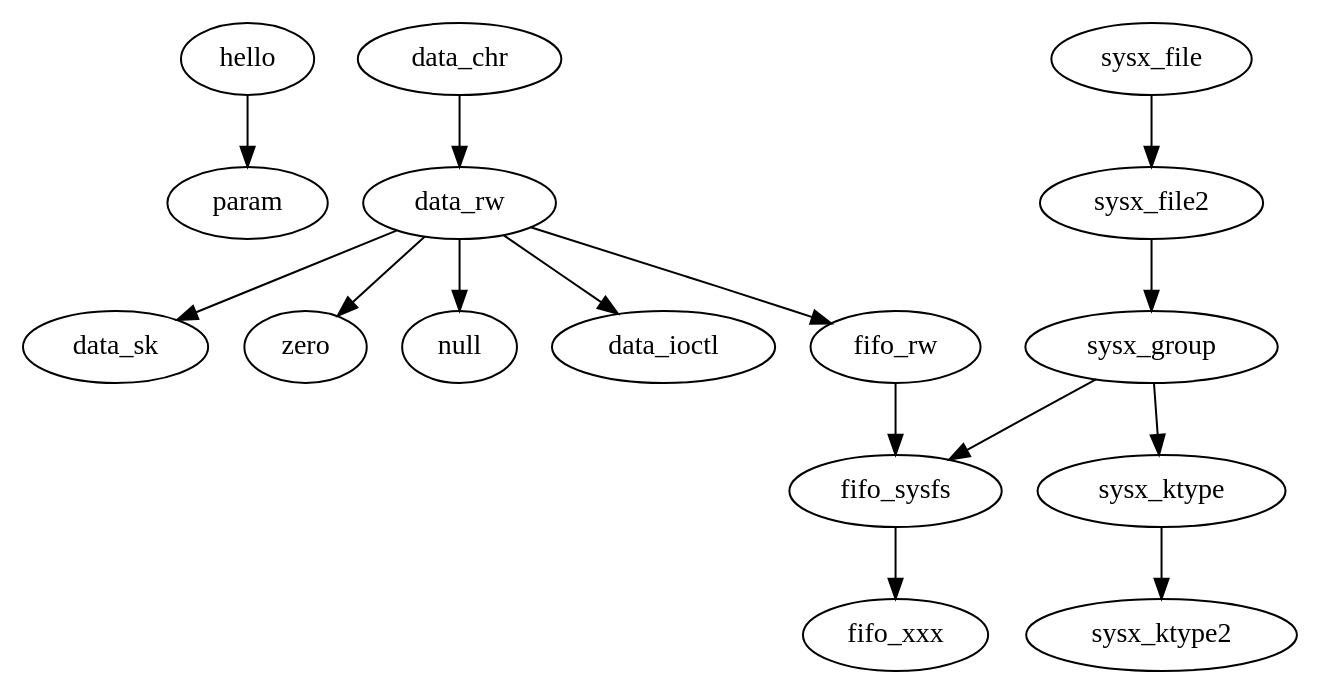
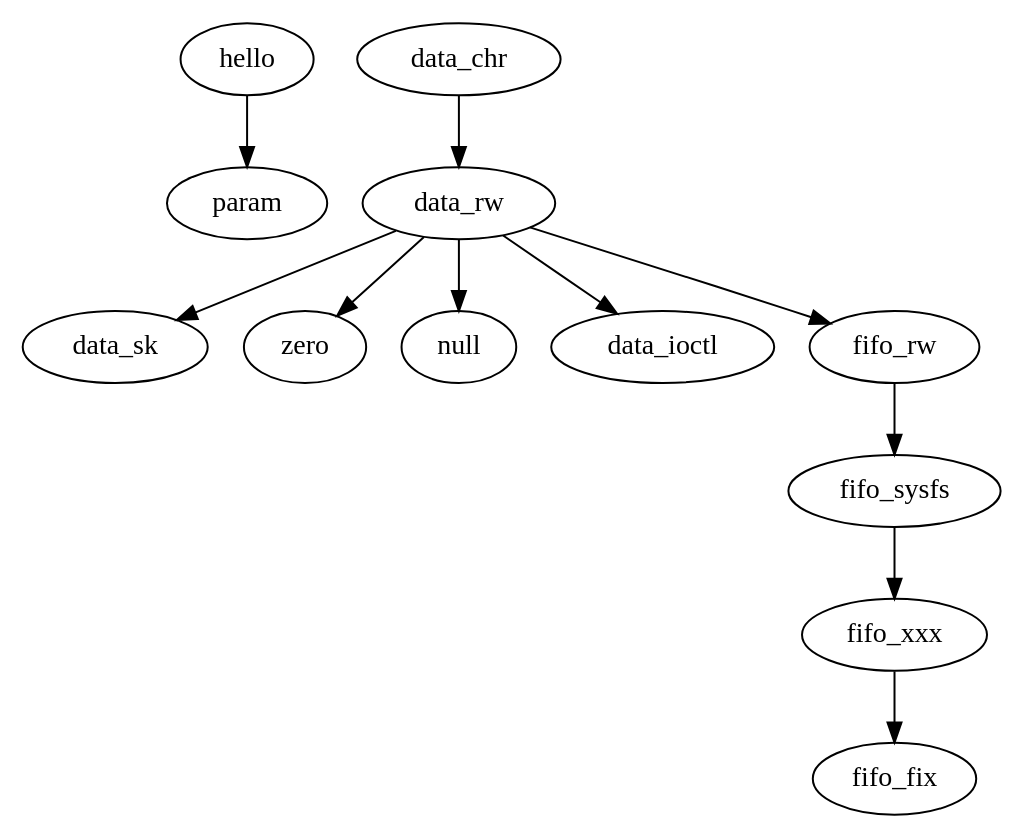
The diagram in doc/hierarchy/hier.dot (jmahler/ldd), drawn with Graphviz before and after one commit. The commit also changed 2 other files, not shown here.

Commit message:
documented fifo_xxx race conditions
An example showing the problems that the fifo_xxx
driver has with the code that generates race conditions
was given.  Also a discussion of the function which
creates races was described since it uses mutexes which
will be needed in the next driver which fixes these
race conditions.

```diff
--- a/doc/hierarchy/hier.dot
+++ b/doc/hierarchy/hier.dot
@@ -1,24 +1,18 @@
 
 digraph ldd {
 	hello;
 	hello -> param;
 
 	data_chr -> data_rw;
 	data_rw -> data_sk;
 
 	data_rw -> zero;
 	data_rw -> null;
 
 	data_rw -> data_ioctl;
 
 	data_rw -> fifo_rw;
 	fifo_rw -> fifo_sysfs;
 	fifo_sysfs -> fifo_xxx;
-
-	sysx_file -> sysx_file2;
-	sysx_file2 -> sysx_group;
-	sysx_group -> sysx_ktype;
-	sysx_ktype -> sysx_ktype2;
-
-	sysx_group -> fifo_sysfs;
+	fifo_xxx -> fifo_fix;
 }
```
